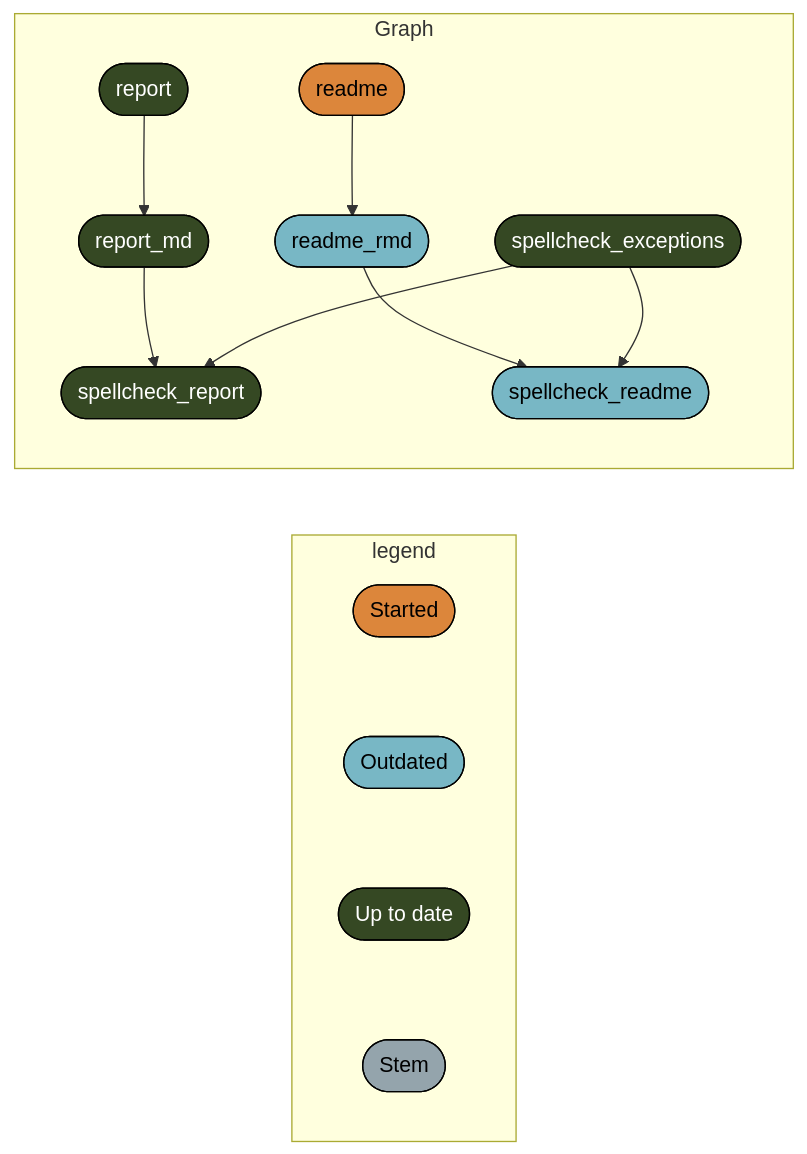
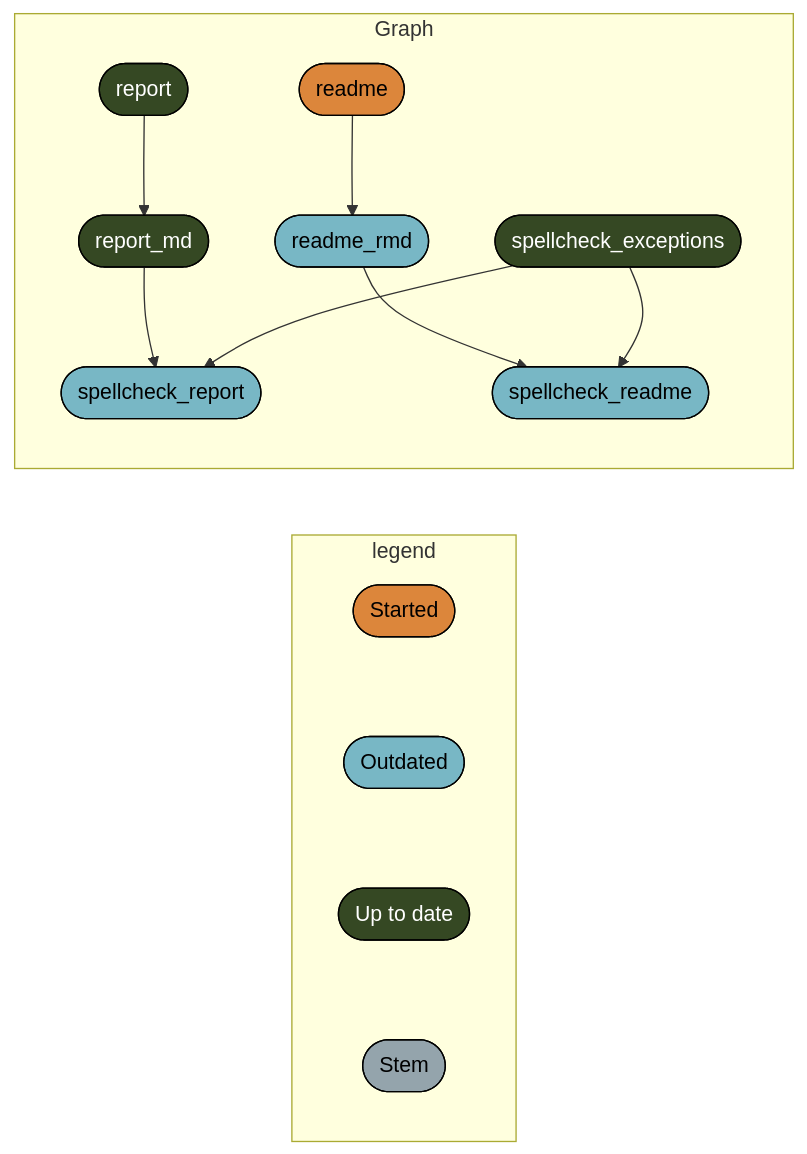
Before and after one commit to crsh/bf-defprit: the third of 3 diagrams in README.md, drawn with Mermaid. The commit also changed 5 other files, not shown here.

````diff
--- a/README.md
+++ b/README.md
@@ -242,24 +242,24 @@
 ``` mermaid
                                                                                
 graph LR
   subgraph legend
     x5b3426b4c7fa7dbc([""Started""]):::started --- x0a52b03877696646([""Outdated""]):::outdated
     x0a52b03877696646([""Outdated""]):::outdated --- x7420bd9270f8d27d([""Up to date""]):::uptodate
     x7420bd9270f8d27d([""Up to date""]):::uptodate --- xbf4603d6c2c2ad6b([""Stem""]):::none
   end
   subgraph Graph
     x6e52cb0f1668cc22(["readme"]):::started --> x5a4cc06fc4a3b7ee(["readme_rmd"]):::outdated
-    x318ca994c4bb593a(["report_md"]):::uptodate --> xe6fb6b2c93ead02c(["spellcheck_report"]):::uptodate
-    x4ffa27198e787466(["spellcheck_exceptions"]):::uptodate --> xe6fb6b2c93ead02c(["spellcheck_report"]):::uptodate
+    x318ca994c4bb593a(["report_md"]):::uptodate --> xe6fb6b2c93ead02c(["spellcheck_report"]):::outdated
+    x4ffa27198e787466(["spellcheck_exceptions"]):::uptodate --> xe6fb6b2c93ead02c(["spellcheck_report"]):::outdated
     x5a4cc06fc4a3b7ee(["readme_rmd"]):::outdated --> xf1a660a3e2076bea(["spellcheck_readme"]):::outdated
     x4ffa27198e787466(["spellcheck_exceptions"]):::uptodate --> xf1a660a3e2076bea(["spellcheck_readme"]):::outdated
     xe0fba61fbc506510(["report"]):::uptodate --> x318ca994c4bb593a(["report_md"]):::uptodate
   end
   classDef started stroke:#000000,color:#000000,fill:#DC863B;
   classDef outdated stroke:#000000,color:#000000,fill:#78B7C5;
   classDef uptodate stroke:#000000,color:#ffffff,fill:#354823;
   classDef none stroke:#000000,color:#000000,fill:#94a4ac;
   linkStyle 0 stroke-width:0px;
   linkStyle 1 stroke-width:0px;
   linkStyle 2 stroke-width:0px;
 ```
````
